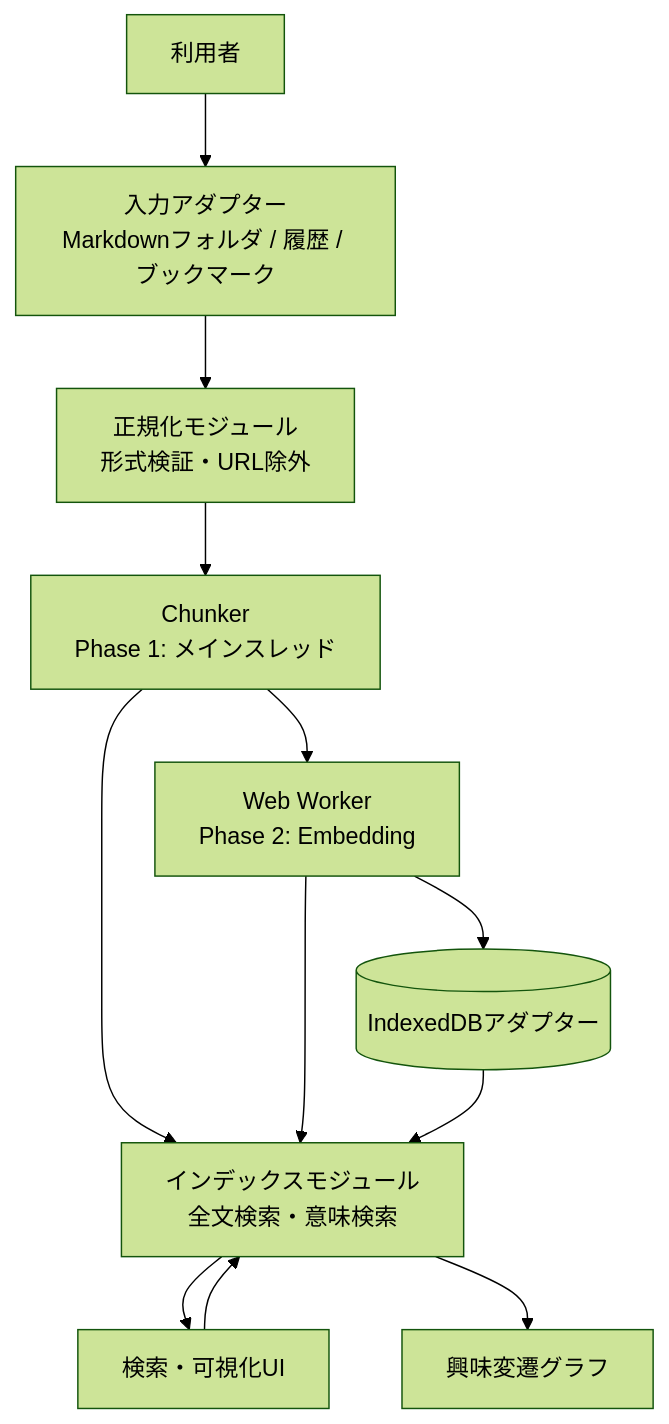
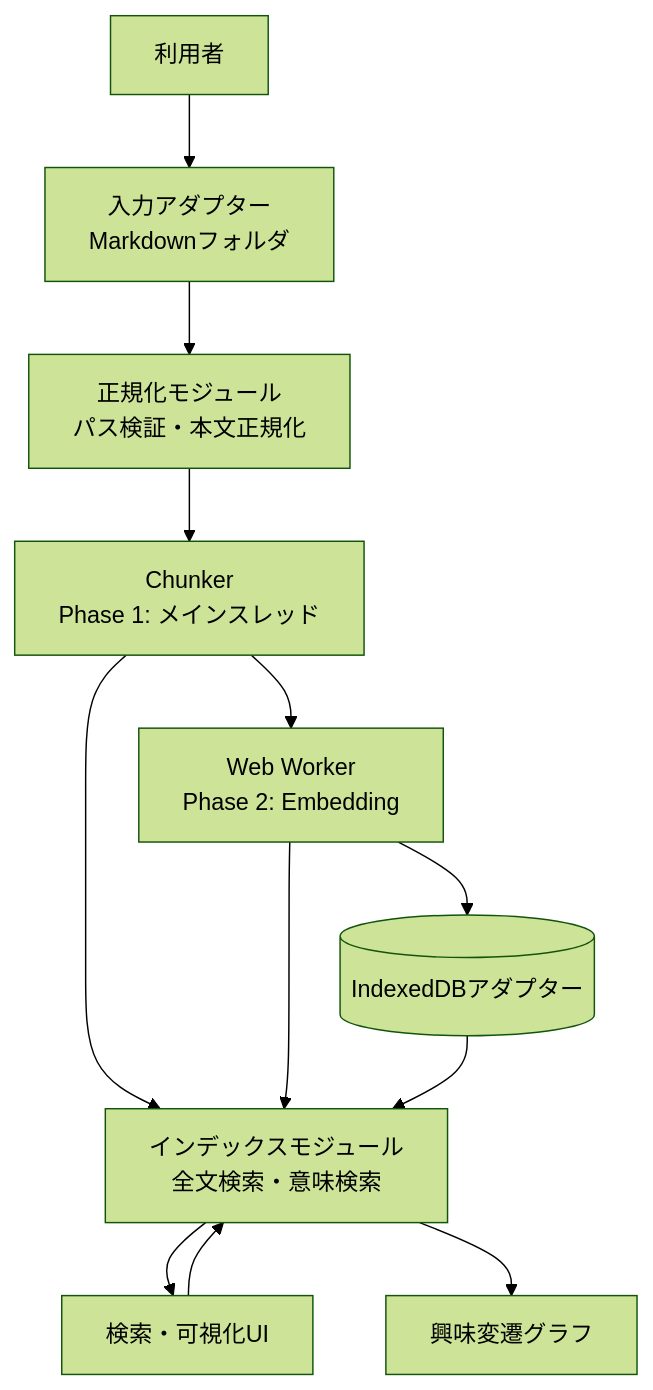
One commit to xzyozi/Mnemo_Local changed the diagram in docs/design/APP-BD-001_Local-Semantic-Memory.md. Above: the diagram before and after it, drawn with Mermaid (forest theme). The commit also changed other lines of this file and 2 other files, not shown here.

Commit message:
[docs] Phase 1の境界と識別子を整合

````diff
--- a/docs/design/APP-BD-001_Local-Semantic-Memory.md
+++ b/docs/design/APP-BD-001_Local-Semantic-Memory.md
@@ -51,24 +51,24 @@
 ```mermaid
 flowchart TD
     User[利用者]
-    Input[入力アダプター<br/>Markdownフォルダ / 履歴 / ブックマーク]
-    Normalize[正規化モジュール<br/>形式検証・URL除外]
+    Input[入力アダプター<br/>Markdownフォルダ]
+    Normalize[正規化モジュール<br/>パス検証・本文正規化]
     Chunker[Chunker<br/>Phase 1: メインスレッド]
     Worker[Web Worker<br/>Phase 2: Embedding]
     Index[インデックスモジュール<br/>全文検索・意味検索]
     Store[(IndexedDBアダプター)]
     UI[検索・可視化UI]
     Graph[興味変遷グラフ]
 
     User --> Input
     Input --> Normalize
     Normalize --> Chunker
     Chunker --> Index
     Chunker --> Worker
     Worker --> Index
     Worker --> Store
     Store --> Index
     UI --> Index
     Index --> UI
     Index --> Graph
 ```
````
